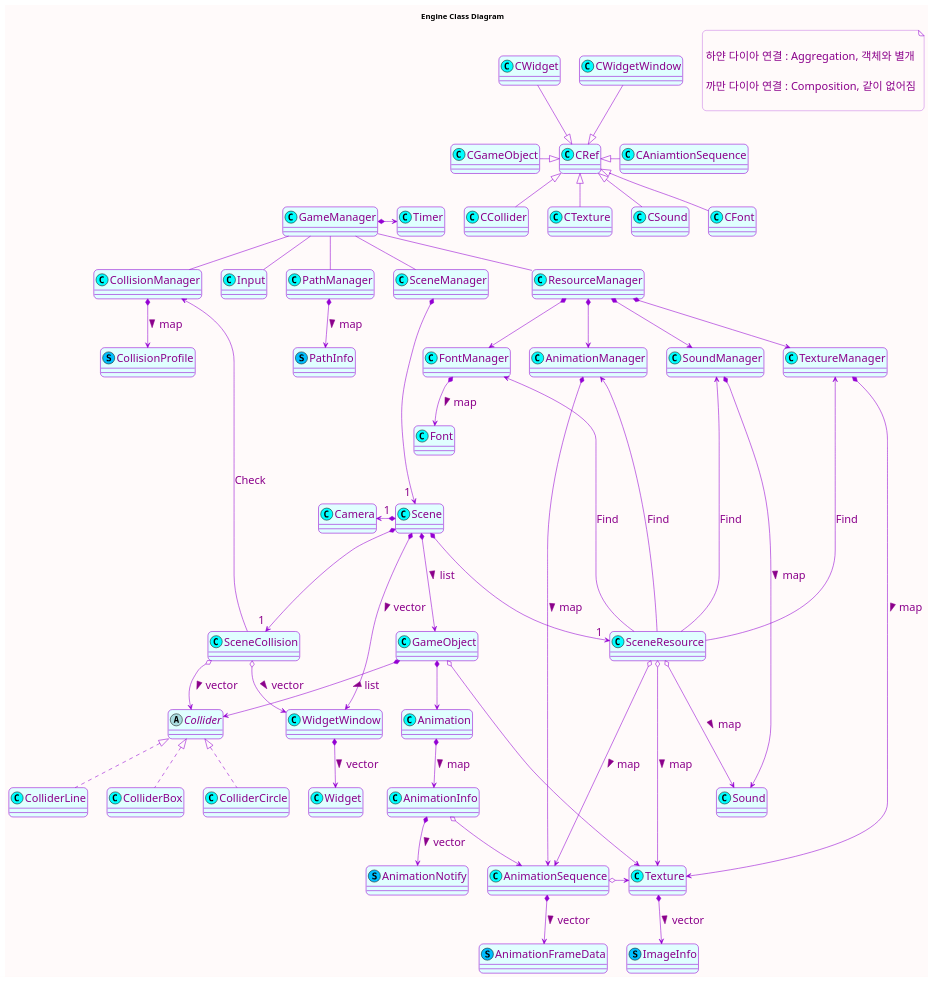
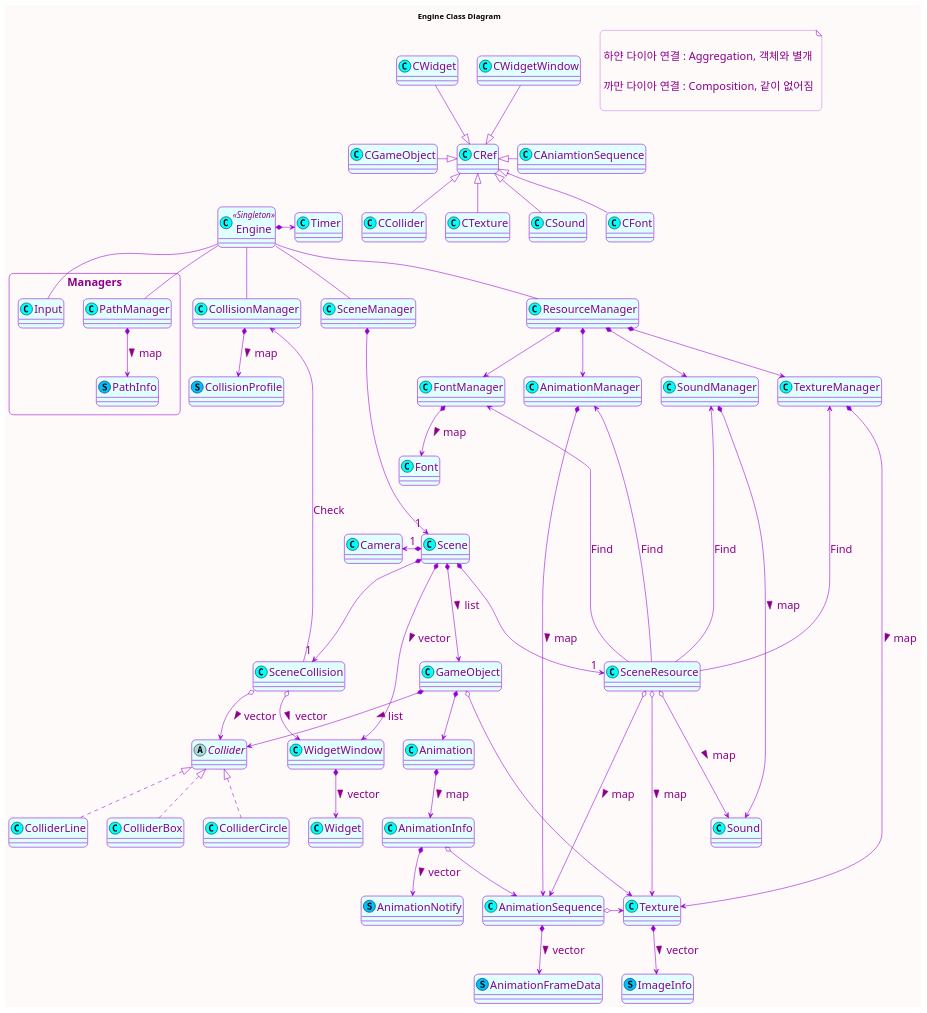
Before and after one commit to leekkang/StudyEngineering: the diagram in docs/diagram/DX_Engine_object_diagram.wsd, drawn with PlantUML.

Commit message:
tmp commit

```diff
--- a/docs/diagram/DX_Engine_object_diagram.wsd
+++ b/docs/diagram/DX_Engine_object_diagram.wsd
@@ -1,164 +1,173 @@
 @startuml DX Engine
 title Engine Class Diagram
 
 <style>
 classDiagram {
   BackgroundColor Snow
   FontColor DarkMagenta
+  LineColor DarkViolet
   FontName arial
   FontSize 20
-  LineColor DarkViolet
   
-  class {
-    BackgroundColor LightCyan
-  }
+  'class {'
+  '  BackgroundColor LightCyan'
+  '}'
 }
 </style>
+skinparam class {
+    BackgroundColor LightCyan
+}
 skinparam roundCorner 15
 skinparam Shadowing false
 skinparam ClassBorderThickness 1
 skinparam CircledCharacterFontColor DarkViolet
+skinparam CircledCharacterFontStyle bold
 'skinparam CircledCharacterFontSize 15'
 'skinparam CircledCharacterRadius 10'
 
-'note right of GameManager
+skinparam ClassStereotypeFontColor DarkMagenta
+skinparam ClassStereotypeFontSize 15
+
+'note right of Engine
 note as A
 
   하얀 다이아 연결 : Aggregation, 객체와 별개
 
   까만 다이아 연결 : Composition, 같이 없어짐
 
 end note
 
-class GameManager <<(C, Aqua)>>
+class Engine <<(C, Aqua) Singleton>>
 class Timer <<(C, Aqua)>>
 
-class Input <<(C, Aqua)>>
-class PathManager <<(C, Aqua)>>
-class PathInfo <<(S, DeepSkyBlue)>>
+package Managers <<Rectangle>> {
+  class Input <<(C, Aqua)>>
+  class PathManager <<(C, Aqua)>>
+  class PathInfo <<(S, DeepSkyBlue)>>
+}
 
 class CollisionManager <<(C, Aqua)>>
 class CollisionProfile <<(S, DeepSkyBlue)>>
 
 class SceneManager <<(C, Aqua)>>
 class Scene <<(C, Aqua)>>
 class GameObject <<(C, Aqua)>>
 class Camera <<(C, Aqua)>>
 class SceneCollision <<(C, Aqua)>>
 class SceneResource <<(C, Aqua)>>
 class WidgetWindow <<(C, Aqua)>>
 class Widget <<(C, Aqua)>>
 
 class ResourceManager <<(C, Aqua)>>
 class TextureManager <<(C, Aqua)>>
 class Texture <<(C, Aqua)>>
 class ImageInfo <<(S, DeepSkyBlue)>>
 
 class AnimationManager <<(C, Aqua)>>
 class AnimationSequence <<(C, Aqua)>>
 class Animation <<(C, Aqua)>>
 class AnimationInfo <<(C, Aqua)>>
 class AnimationNotify <<(S, DeepSkyBlue)>>
 class AnimationFrameData <<(S, DeepSkyBlue)>>
 
 class SoundManager <<(C, Aqua)>>
 class Sound <<(C, Aqua)>>
 
 class FontManager <<(C, Aqua)>>
 class Font <<(C, Aqua)>>
 
 abstract class Collider
 class ColliderBox <<(C, Aqua)>>
 class ColliderCircle <<(C, Aqua)>>
 class ColliderLine <<(C, Aqua)>>
 
 
 class CRef <<(C, Aqua)>>
 class CGameObject <<(C, Aqua)>>
 class CCollider <<(C, Aqua)>>
 class CTexture <<(C, Aqua)>>
 class CAniamtionSequence <<(C, Aqua)>>
 class CSound <<(C, Aqua)>>
 class CFont <<(C, Aqua)>>
 class CWidget <<(C, Aqua)>>
 class CWidgetWindow <<(C, Aqua)>>
 
 
 
-GameManager -left- hidden1
+Engine -left- hidden1
 hidden1 -up- CRef
 CRef <|-left-  CGameObject
 CRef <|--  CCollider
 CRef <|--  CTexture
 CRef <|-right-  CAniamtionSequence
 CRef <|--  CSound
 CRef <|--  CFont
 CRef <|-up-  CWidgetWindow
 CRef <|-up-  CWidget
 
 
-GameManager *-right-> Timer
-GameManager -- Input
-GameManager -- PathManager
+Engine *-right-> Timer
+Engine -- Input
+Engine -- PathManager
 PathManager *--> PathInfo : map >
 
-GameManager -- ResourceManager
+Engine -- ResourceManager
 ResourceManager *--> TextureManager
 ResourceManager *--> AnimationManager
 ResourceManager *--> SoundManager
 ResourceManager *--> FontManager
 TextureManager *----> Texture : map >
 AnimationManager *----> AnimationSequence : map >
 SoundManager *--> Sound : map >
 FontManager *--> Font : map >
 
 TextureManager -- hidden
 AnimationManager -- hidden
 SoundManager -- hidden
 FontManager -- hidden
 hidden -- Scene
 
-GameManager -- CollisionManager
+Engine -- CollisionManager
 CollisionManager *--> CollisionProfile : map >
 
 
-GameManager -- SceneManager
+Engine -- SceneManager
 SceneManager *----> " 1 " Scene
 Scene *-left-> " 1 " Camera
 Scene *---> " 1 " SceneResource
 Scene *---> " 1 " SceneCollision
 Scene *--->  GameObject : list >
 Scene *--->  WidgetWindow : vector >
 WidgetWindow *-->  Widget : vector >
 SceneCollision o-->  Collider : vector >
 SceneCollision o-->  WidgetWindow : vector >
 
 SceneResource o---> Texture : map >
 Texture *--> ImageInfo : vector >
 SceneResource o---> AnimationSequence : map >
 SceneResource o---> Sound : map >
 SceneResource -up---> TextureManager : Find
 SceneResource -up---> AnimationManager : Find
 SceneResource -up---> SoundManager : Find
 SceneResource -up---> FontManager : Find
 
 
 GameObject *-->  Collider : list >
 Collider <|..  ColliderBox
 Collider <|..  ColliderCircle
 Collider <|..  ColliderLine
 SceneCollision -up-> CollisionManager : Check
 
 GameObject o--> Texture
 GameObject *--> Animation
 Animation *--> AnimationInfo : map >
 AnimationInfo *--> AnimationNotify : vector >
 AnimationInfo o--> AnimationSequence
 AnimationSequence o-> Texture
 AnimationSequence *--> AnimationFrameData : vector >
 
 hide hidden
 hide hidden1
 
 'stop'
 @enduml
```
